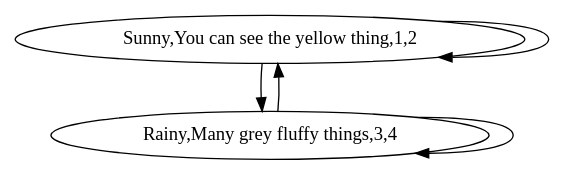
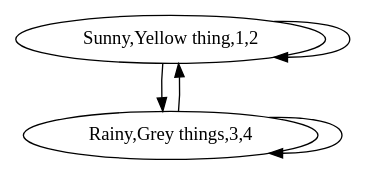
One commit to richelbilderbeek/boost_graph_cookbook_1 changed the diagram in BoostGraphTutorial/create_bundled_vertices_markov_chain.dot. Above: the diagram before and after it, drawn with Graphviz. The commit also changed 56 other files, not shown here.

Commit message:
Added Graphviz encode and decode, also in tutorial

```diff
--- a/BoostGraphTutorial/create_bundled_vertices_markov_chain.dot
+++ b/BoostGraphTutorial/create_bundled_vertices_markov_chain.dot
@@ -1,8 +1,8 @@
 digraph G {
-0[label="Sunny,You can see the yellow thing,1,2"];
-1[label="Rainy,Many grey fluffy things,3,4"];
+0[label="Sunny,Yellow thing,1,2"];
+1[label="Rainy,Grey things,3,4"];
 0->0 ;
 0->1 ;
 1->0 ;
 1->1 ;
 }
```
